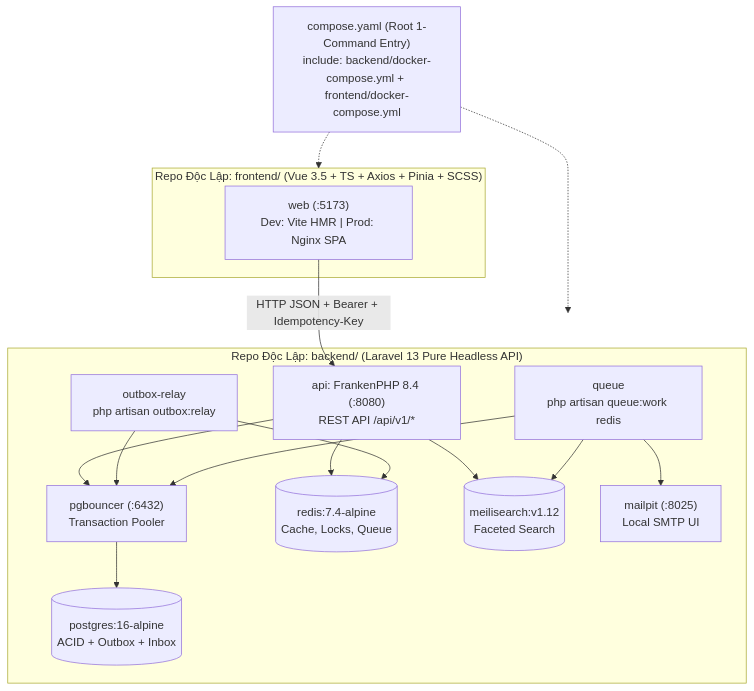
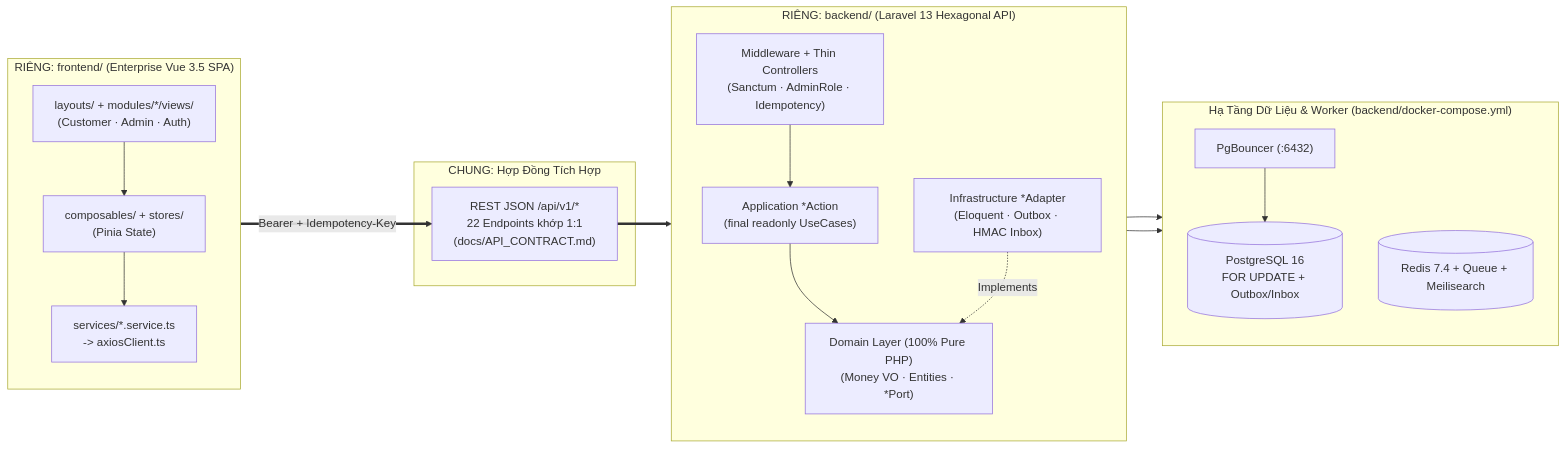
Before and after one commit to nguynbon03/VueLaravelProject: the first of 3 diagrams in README.md, drawn with Mermaid. The commit also changed other lines of this file and 17 other files, not shown here.

Commit message:
arch(docs): separate shared system integration vs private service docs with 1:1 FE-BE matrix

````diff
--- a/README.md
+++ b/README.md
@@ -11,31 +53,29 @@
 ```mermaid
-flowchart TB
-    Root["compose.yaml (Root 1-Command Entry)\ninclude: backend/docker-compose.yml + frontend/docker-compose.yml"]
-
-    subgraph FERepo["Repo Độc Lập: frontend/ (Vue 3.5 + TS + Axios + Pinia + SCSS)"]
-        Web["web (:5173)\nDev: Vite HMR | Prod: Nginx SPA"]
+flowchart LR
+    subgraph FE["RIÊNG: frontend/ (Enterprise Vue 3.5 SPA)"]
+        direction TB
+        V["layouts/ + modules/*/views/\n(Customer · Admin · Auth)"] --> C["composables/ + stores/\n(Pinia State)"]
+        C --> S["services/*.service.ts\n-> axiosClient.ts"]
     end
 
-    subgraph BERepo["Repo Độc Lập: backend/ (Laravel 13 Pure Headless API)"]
-        API["api: FrankenPHP 8.4 (:8080)\nREST API /api/v1/*"]
-        Relay["outbox-relay\nphp artisan outbox:relay"]
-        Queue["queue\nphp artisan queue:work redis"]
-        PGB["pgbouncer (:6432)\nTransaction Pooler"]
-        PG[("postgres:16-alpine\nACID + Outbox + Inbox")]
-        Redis[("redis:7.4-alpine\nCache, Locks, Queue")]
-        Meili[("meilisearch:v1.12\nFaceted Search")]
-        Mail["mailpit (:8025)\nLocal SMTP UI"]
+    subgraph SHARED["CHUNG: Hợp Đồng Tích Hợp"]
+        API_SPEC["REST JSON /api/v1/*\n22 Endpoints khớp 1:1\n(docs/API_CONTRACT.md)"]
     end
 
-    Root -.-> FERepo
-    Root -.-> BERepo
-    Web -->|"HTTP JSON + Bearer + Idempotency-Key"| API
-    API --> PGB --> PG
-    API --> Redis
-    API --> Meili
-    Relay --> PGB
-    Relay --> Redis
-    Queue --> PGB
-    Queue --> Meili
-    Queue --> Mail
+    subgraph BE["RIÊNG: backend/ (Laravel 13 Hexagonal API)"]
+        direction TB
+        MW["Middleware + Thin Controllers\n(Sanctum · AdminRole · Idempotency)"] --> ACT["Application *Action\n(final readonly UseCases)"]
+        ACT --> DOM["Domain Layer (100% Pure PHP)\n(Money VO · Entities · *Port)"]
+        ADAP["Infrastructure *Adapter\n(Eloquent · Outbox · HMAC Inbox)"] -.->|"Implements"| DOM
+    end
+
+    subgraph DATA["Hạ Tầng Dữ Liệu & Worker (backend/docker-compose.yml)"]
+        direction TB
+        PGB["PgBouncer (:6432)"] --> PG[("PostgreSQL 16\nFOR UPDATE + Outbox/Inbox")]
+        REDIS[("Redis 7.4 + Queue + Meilisearch")]
+    end
+
+    S ==>|"Bearer + Idempotency-Key"| API_SPEC ==> MW
+    ADAP --> PGB
+    ADAP --> REDIS
 ```
````
